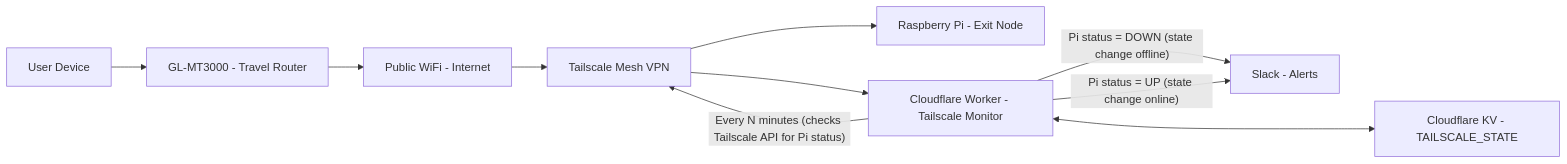
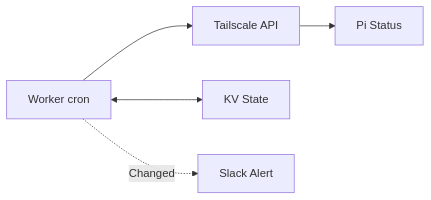
The diagram in GUIDE_CLOUDFLARE_MONITOR.md (natonet-labs/tailscale-pi-exit-node), drawn with Mermaid before and after one commit. The commit also changed other lines of this file and 3 other files, not shown here.

````diff
--- a/GUIDE_CLOUDFLARE_MONITOR.md
+++ b/GUIDE_CLOUDFLARE_MONITOR.md
@@ -10,26 +9,7 @@
 ```mermaid
-flowchart LR
-    %% User traffic path
-    U[User Device]
-    R[GL-MT3000 - Travel Router]
-    W[Public WiFi - Internet]
-    T[Tailscale Mesh VPN]
-    P[Raspberry Pi - Exit Node]
-
-    %% Monitoring/alerting path
-    C[Cloudflare Worker - Tailscale Monitor]
-    K[Cloudflare KV - TAILSCALE_STATE]
-    S[Slack - Alerts]
-
-    %% User traffic flow
-    U --> R --> W --> T --> P
-
-    %% Monitoring flow
-    C -- "Every N minutes (checks Tailscale API for Pi status)" --> T
-    T --> C
-    C <---> K
-
-    %% Conditional alerts
-    C -- "Pi status = DOWN (state change offline)" --> S
-    C -- "Pi status = UP (state change online)" --> S
+graph LR
+  C[Worker cron] --> T[Tailscale API]
+  T --> P[Pi Status]
+  C <--> K[KV State]
+  C -.->|Changed| S[Slack Alert]
 ```
````
